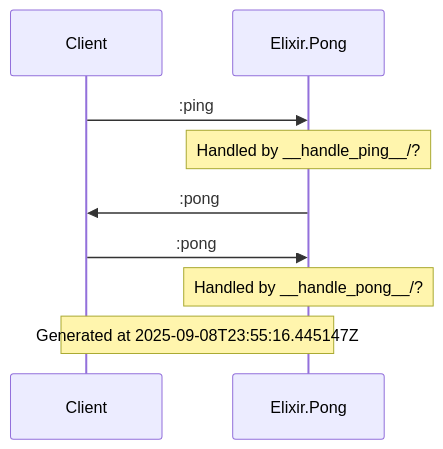
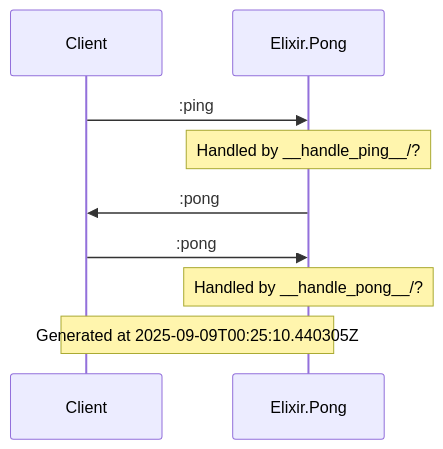
One commit to anoma/engine changed the diagram in docs/diagrams/Elixir.Pong.md. Above: the diagram before and after it, drawn with Mermaid. The commit also changed other lines of this file and 27 other files, not shown here.

````diff
--- a/docs/diagrams/Elixir.Pong.md
+++ b/docs/diagrams/Elixir.Pong.md
@@ -5,13 +5,13 @@
 ```mermaid
 sequenceDiagram
     participant Client
     participant Elixir.Examples.PongEngine as Elixir.Pong
     Client->>Elixir.Examples.PongEngine: :ping
     Note over Elixir.Examples.PongEngine: Handled by __handle_ping__/?
     Elixir.Examples.PongEngine->>Client: :pong
     Client->>Elixir.Examples.PongEngine: :pong
     Note over Elixir.Examples.PongEngine: Handled by __handle_pong__/?
 
-Note over Client, Elixir.Examples.PongEngine: Generated at 2025-09-08T23:55:16.445147Z
+Note over Client, Elixir.Examples.PongEngine: Generated at 2025-09-09T00:25:10.440305Z
 
 ```
````
